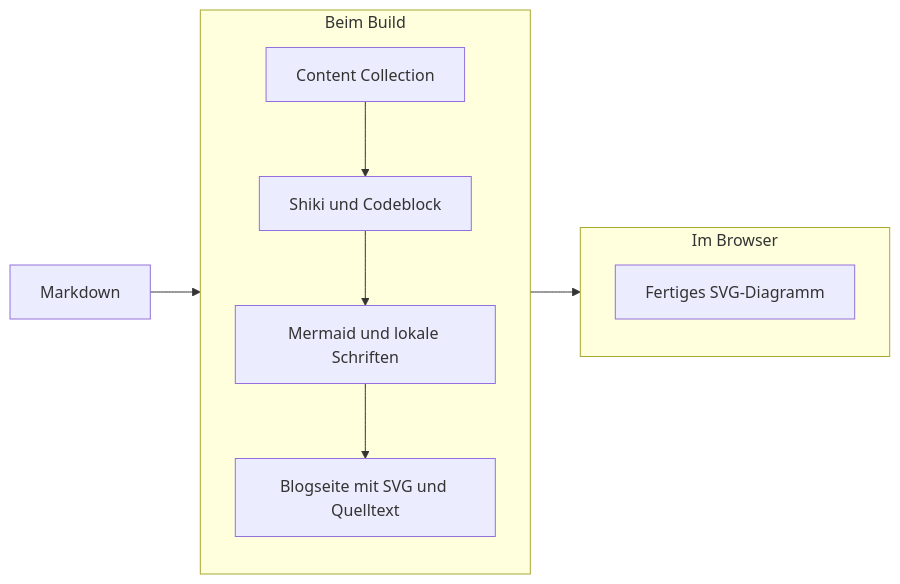
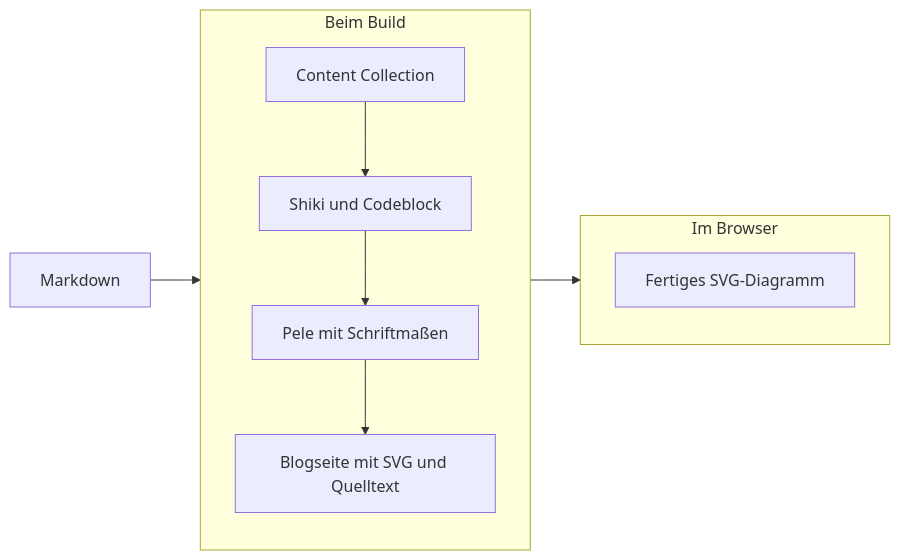
Before and after one commit to stefan-karger/astro-portfolio: the first of 5 diagrams in src/content/blog/astro-fuer-entwicklerblogs-mermaid-diagramme.md, drawn with Mermaid. The commit also changed other lines of this file and 10 other files, not shown here.

First line of the commit message:
Render Mermaid diagrams with Pele instead of Mermaid.js (#7)

````diff
--- a/src/content/blog/astro-fuer-entwicklerblogs-mermaid-diagramme.md
+++ b/src/content/blog/astro-fuer-entwicklerblogs-mermaid-diagramme.md
@@ -362,18 +286,18 @@
 ```mermaid title="Der Weg vom Markdown zum Diagramm" showLineNumbers
 flowchart LR
   accTitle: Markdown und Mermaid im Astro-Blog
-  accDescr: Astro lädt einen Markdown-Beitrag aus der Content Collection. Shiki färbt die Definition ein. Mermaid erzeugt beim Build das SVG. Der Browser zeigt die fertige Grafik mit aufklappbarem Quelltext.
+  accDescr: Astro lädt einen Markdown-Beitrag aus der Content Collection. Shiki färbt die Definition ein. Pele erzeugt beim Build das SVG. Der Browser zeigt die fertige Grafik mit aufklappbarem Quelltext.
   Markdown[Markdown] --> Build
   subgraph Build[Beim Build]
     direction TB
     Collection[Content Collection]
     Collection --> Shiki[Shiki und Codeblock]
-    Shiki --> Mermaid[Mermaid und lokale Schriften]
-    Mermaid --> HTML[Blogseite mit SVG und Quelltext]
+    Shiki --> Pele[Pele mit Schriftmaßen]
+    Pele --> HTML[Blogseite mit SVG und Quelltext]
   end
   Build --> Browser
   subgraph Browser[Im Browser]
     direction TB
     SVG[Fertiges SVG-Diagramm]
   end
 ```
````
